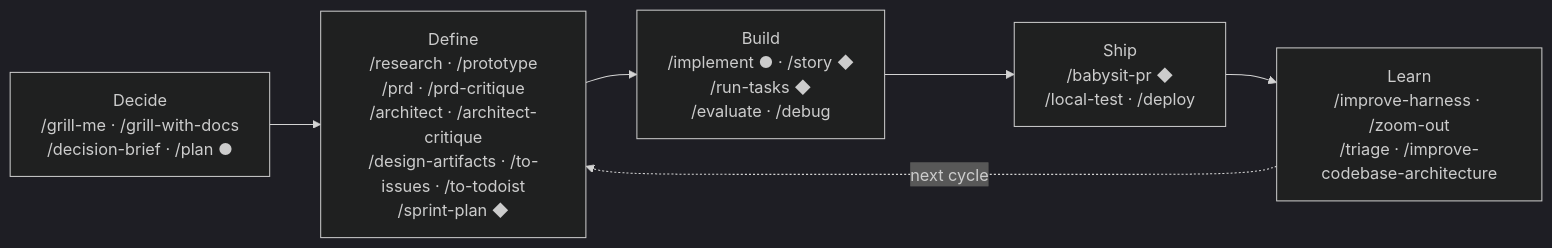
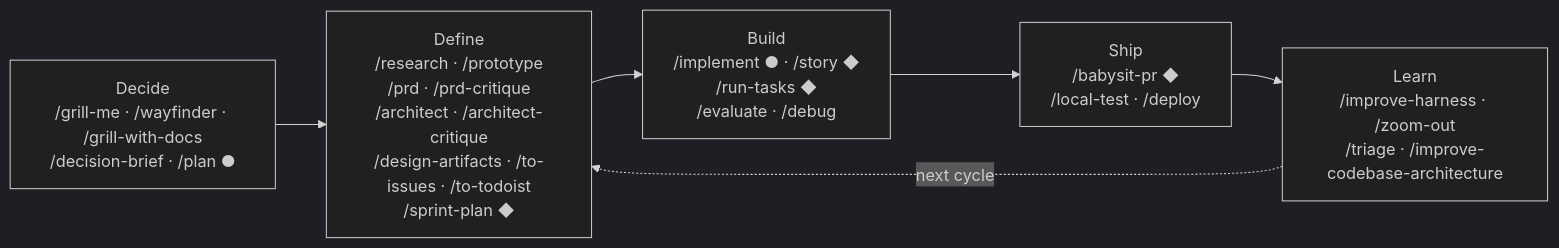
The first of 3 diagrams in README.md (anudeeps28/claude-code-harness), drawn with Mermaid (dark theme) before and after one commit. The commit also changed other lines of this file, not shown here.

First line of the commit message:
docs(readme): place /wayfinder in the Decide phase + document its handoff

````diff
--- a/README.md
+++ b/README.md
@@ -73,11 +73,11 @@
 ```mermaid
 flowchart LR
-    P0["Decide<br/>/grill-me · /grill-with-docs<br/>/decision-brief · /plan ●"]
+    P0["Decide<br/>/grill-me · /wayfinder · /grill-with-docs<br/>/decision-brief · /plan ●"]
     P1["Define<br/>/research · /prototype<br/>/prd · /prd-critique<br/>/architect · /architect-critique<br/>/design-artifacts · /to-issues · /to-todoist<br/>/sprint-plan ◆"]
     P2["Build<br/>/implement ● · /story ◆<br/>/run-tasks ◆<br/>/evaluate · /debug"]
     P3["Ship<br/>/babysit-pr ◆<br/>/local-test · /deploy"]
     P4["Learn<br/>/improve-harness · /zoom-out<br/>/triage · /improve-codebase-architecture"]
 
     P0 --> P1 --> P2 --> P3 --> P4
     P4 -.->|"next cycle"| P1
 ```
````
